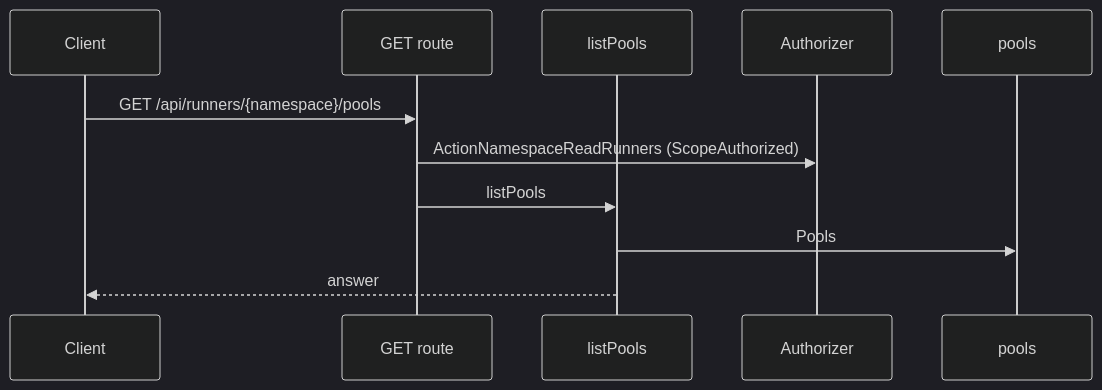
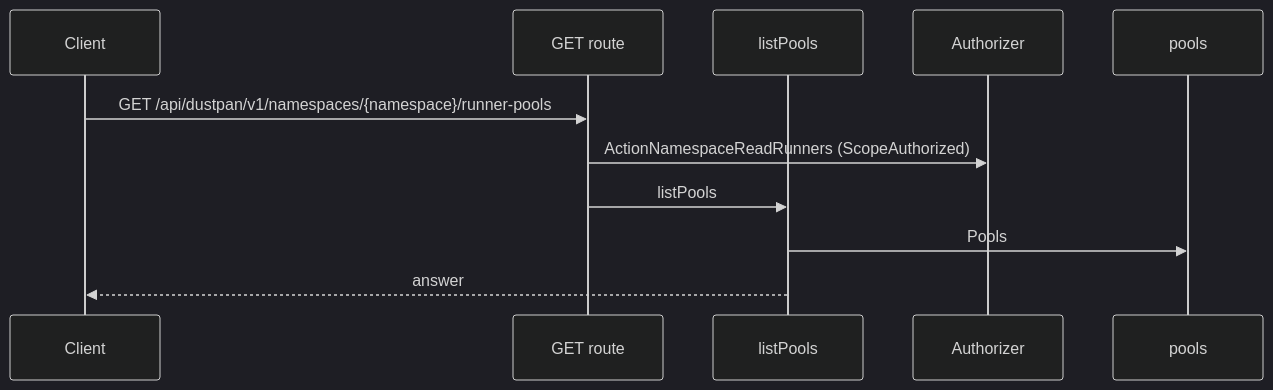
One commit to OpenDustpan/OpenDustpan changed the first of 4 diagrams in openspec/changes/130-138-source-filter-sweeps/design.md. Above: the diagram before and after it, drawn with Mermaid (dark theme). The commit also changed other lines of this file and 2 other files, not shown here.

Commit message:
spec(130-138-source-filter-sweeps): fix reground failures
Update the SweepClaim and SweepClaimer lines, use the served runner pool
route, and add the CI confirmation to the gate task.

````diff
--- a/openspec/changes/130-138-source-filter-sweeps/design.md
+++ b/openspec/changes/130-138-source-filter-sweeps/design.md
@@ -34,13 +34,13 @@
 ```mermaid
 sequenceDiagram
 participant C as Client
 participant R as GET route
 participant H as listPools
 participant AZ as Authorizer
 participant Fpools as pools
-C->>R: GET /api/runners/{namespace}/pools
+C->>R: GET /api/dustpan/v1/namespaces/{namespace}/runner-pools
 R->>AZ: ActionNamespaceReadRunners (ScopeAuthorized)
 R->>H: listPools
 H->>Fpools: Pools
 H-->>C: answer
 ```
````
